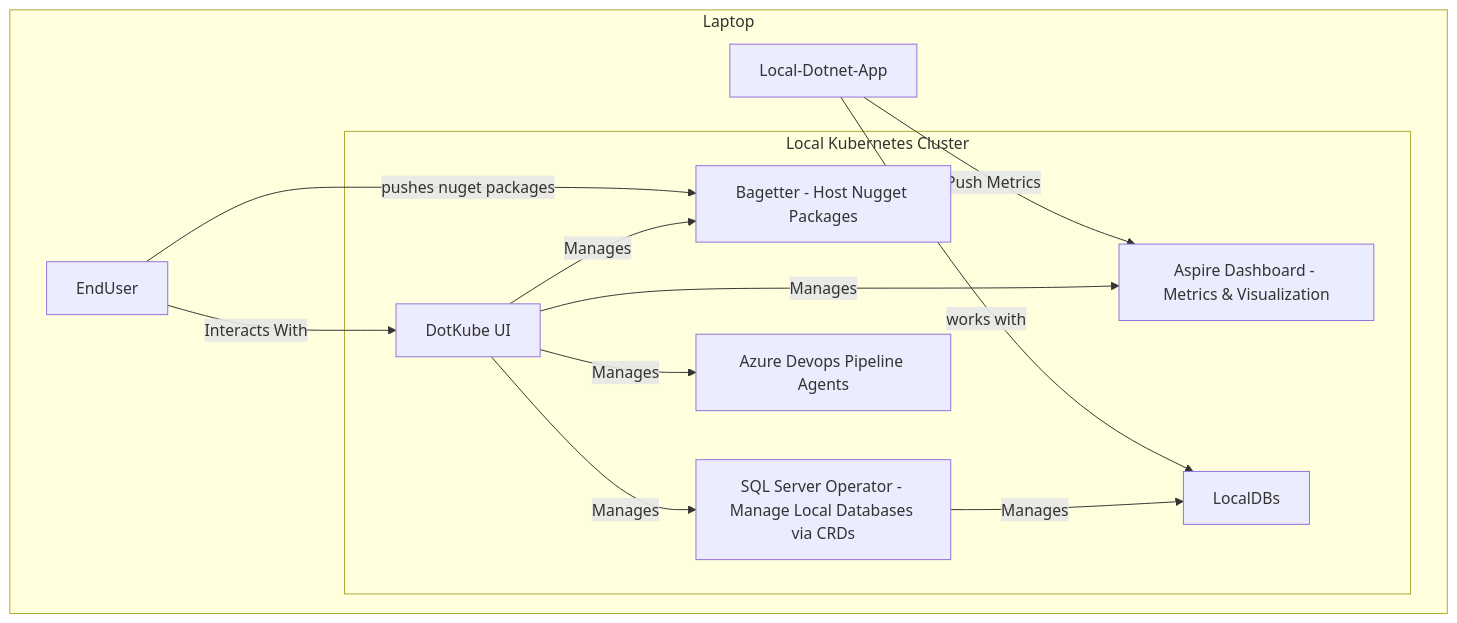
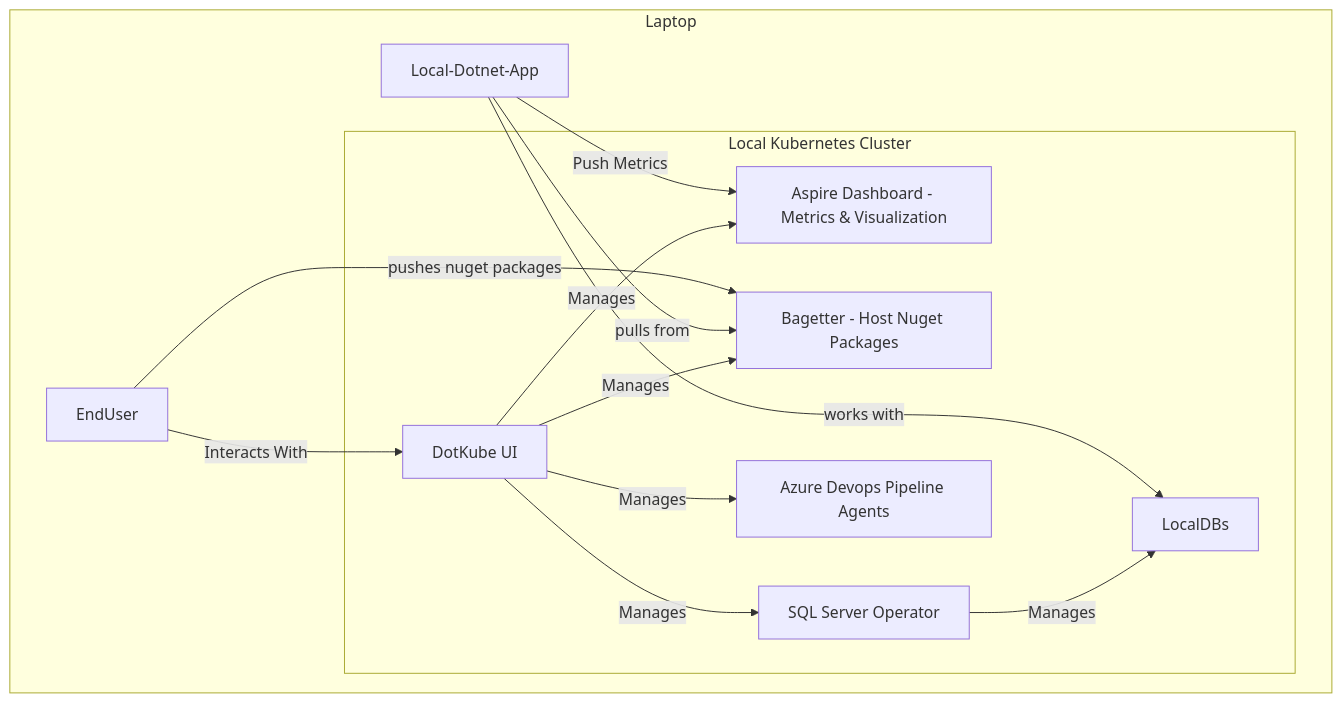
One commit to DotKube/.github changed the diagram in profile/README.md. Above: the diagram before and after it, drawn with Mermaid.

Commit message:
add interaction

````diff
--- a/profile/README.md
+++ b/profile/README.md
@@ -124,24 +124,25 @@
 ```mermaid
 graph TD
     subgraph Laptop ["Laptop"]
         subgraph Cluster ["Local Kubernetes Cluster"]
             AspireDashboard["Aspire Dashboard - Metrics & Visualization"]
-            BagetterApp["Bagetter - Host Nugget Packages"]
-            SQLServerOperator["SQL Server Operator - Manage Local Databases via CRDs"]
+            BagetterApp["Bagetter - Host Nuget Packages"]
+            SQLServerOperator["SQL Server Operator"]
             PipelineAgents["Azure Devops Pipeline Agents"]
             LocalDBs
             DotKubeUI["DotKube UI"]
         end
 
         Local-Dotnet-App -- "Push Metrics" --> AspireDashboard
         EndUser -- "pushes nuget packages" --> BagetterApp
         Local-Dotnet-App -- "works with" --> LocalDBs
+        Local-Dotnet-App -- "pulls from" --> BagetterApp
         EndUser -- "Interacts With" --> DotKubeUI -- "Manages" --> SQLServerOperator
     end
 
     SQLServerOperator -- "Manages" --> LocalDBs
     DotKubeUI -- "Manages" --> BagetterApp
     DotKubeUI -- "Manages" --> AspireDashboard
     DotKubeUI -- "Manages" --> PipelineAgents
 
 ```
````
